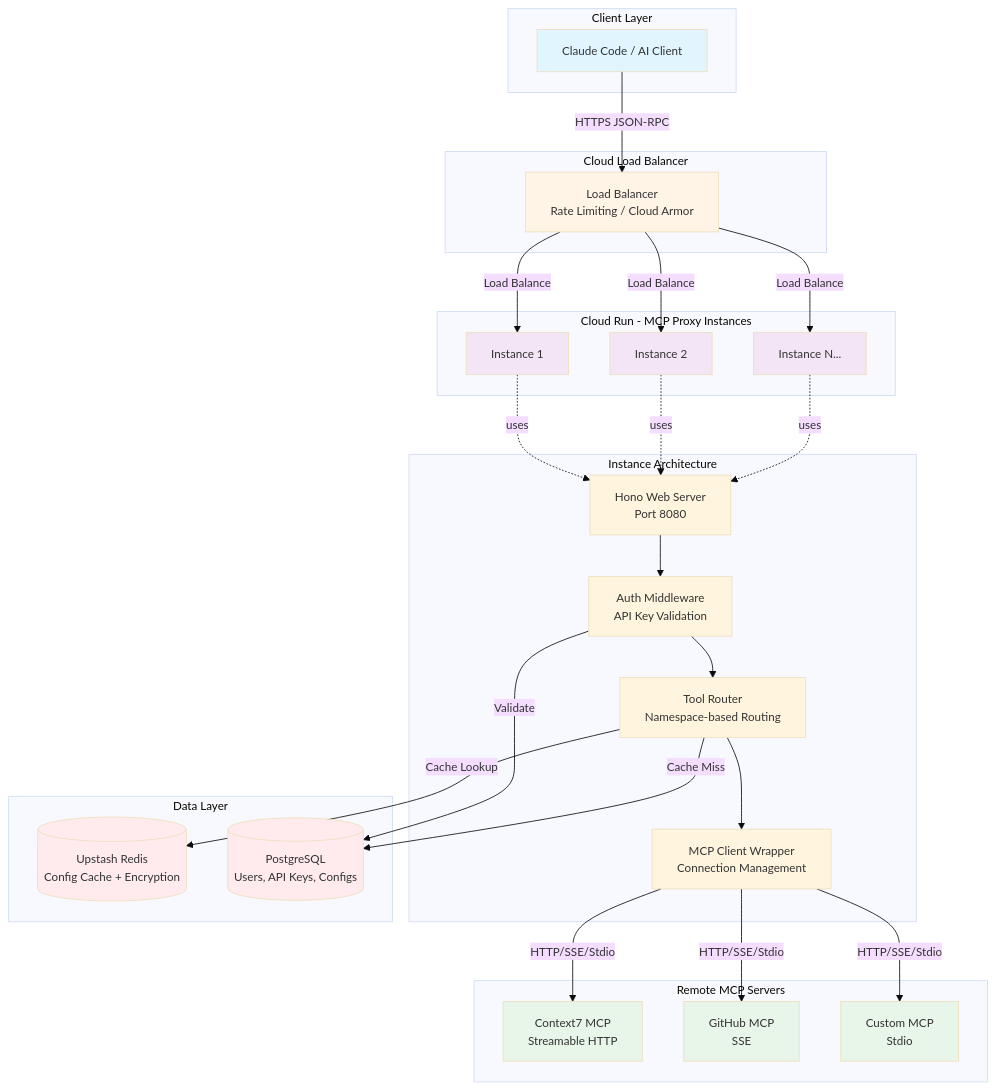
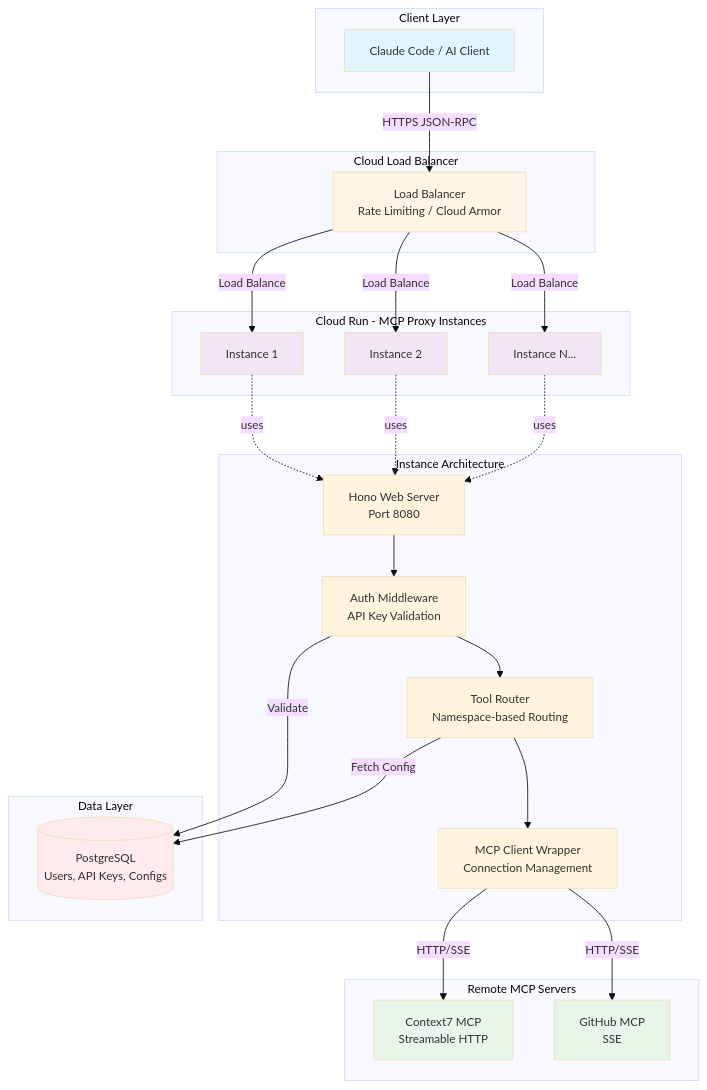
The first of 2 diagrams in apps/mcp-proxy/ARCHITECTURE.md (rayven122/tumiki), drawn with Mermaid before and after one commit. The commit also changed other lines of this file and 1 other file, not shown here.

Commit message:
docs(mcp-proxy): align README and architecture with current implementation

````diff
--- a/apps/mcp-proxy/ARCHITECTURE.md
+++ b/apps/mcp-proxy/ARCHITECTURE.md
@@ -34,66 +34,60 @@
 ```mermaid
 %%{init: {'theme':'base', 'themeVariables': {'fontSize':'14px'}}}%%
 graph TB
     subgraph ClientLayer["Client Layer"]
         Client[Claude Code / AI Client]
     end
 
     subgraph CloudLB["Cloud Load Balancer"]
         LB[Load Balancer<br/>Rate Limiting / Cloud Armor]
     end
 
     subgraph CloudRun["Cloud Run - MCP Proxy Instances"]
         Instance1[Instance 1]
         Instance2[Instance 2]
         InstanceN[Instance N...]
     end
 
     subgraph InstanceArch["Instance Architecture"]
         Hono[Hono Web Server<br/>Port 8080]
         Auth[Auth Middleware<br/>API Key Validation]
         Router[Tool Router<br/>Namespace-based Routing]
         MCPClient[MCP Client Wrapper<br/>Connection Management]
     end
 
     subgraph DataLayer["Data Layer"]
-        Redis[(Upstash Redis<br/>Config Cache + Encryption)]
         DB[(PostgreSQL<br/>Users, API Keys, Configs)]
     end
 
     subgraph RemoteMCP["Remote MCP Servers"]
         MCP1[Context7 MCP<br/>Streamable HTTP]
         MCP2[GitHub MCP<br/>SSE]
-        MCP3[Custom MCP<br/>Stdio]
     end
 
     Client -->|HTTPS JSON-RPC| LB
     LB -->|Load Balance| Instance1
     LB -->|Load Balance| Instance2
     LB -->|Load Balance| InstanceN
 
     Instance1 -.->|uses| Hono
     Instance2 -.->|uses| Hono
     InstanceN -.->|uses| Hono
 
     Hono --> Auth
     Auth -->|Validate| DB
     Auth --> Router
-    Router -->|Cache Lookup| Redis
-    Router -->|Cache Miss| DB
+    Router -->|Fetch Config| DB
     Router --> MCPClient
 
-    MCPClient -->|HTTP/SSE/Stdio| MCP1
-    MCPClient -->|HTTP/SSE/Stdio| MCP2
-    MCPClient -->|HTTP/SSE/Stdio| MCP3
+    MCPClient -->|HTTP/SSE| MCP1
+    MCPClient -->|HTTP/SSE| MCP2
 
     style Client fill:#e1f5ff
     style LB fill:#fff4e6
     style Instance1 fill:#f3e5f5
     style Instance2 fill:#f3e5f5
     style InstanceN fill:#f3e5f5
-    style Redis fill:#ffebee
     style DB fill:#ffebee
     style MCP1 fill:#e8f5e9
     style MCP2 fill:#e8f5e9
-    style MCP3 fill:#e8f5e9
 ```
````
